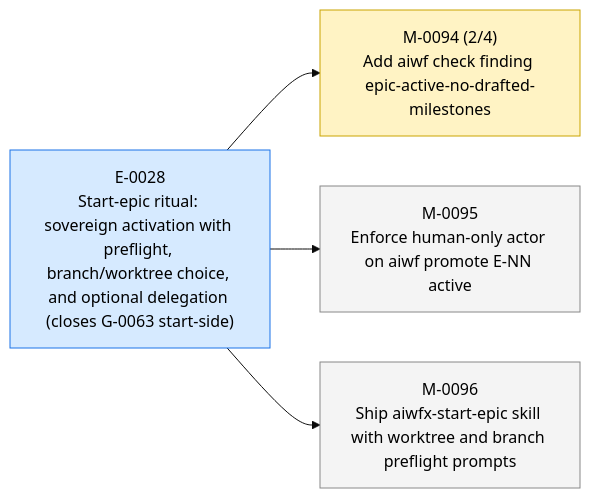
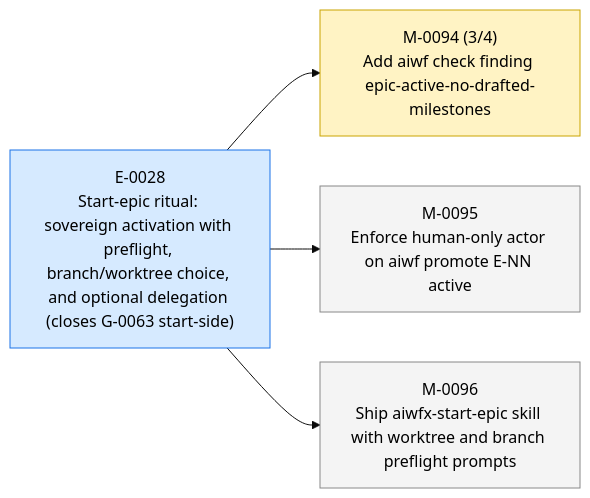
One commit to 23min/aiwf changed the first of 3 diagrams in STATUS.md. Above: the diagram before and after it, drawn with Mermaid (base theme). The commit also changed other lines of this file and 1 other file, not shown here.

First line of the commit message:
aiwf promote M-0094/AC-3 open -> met

````diff
--- a/STATUS.md
+++ b/STATUS.md
@@ -13,16 +13,16 @@
 ```mermaid
 flowchart LR
   E_0028["E-0028<br/>Start-epic ritual: sovereign activation with preflight, branch/worktree choice, and optional delegation (closes G-0063 start-side)"]:::epic_active
-  M_0094["M-0094 (2/4)<br/>Add aiwf check finding epic-active-no-drafted-milestones"]:::ms_in_progress
+  M_0094["M-0094 (3/4)<br/>Add aiwf check finding epic-active-no-drafted-milestones"]:::ms_in_progress
   E_0028 --> M_0094
   M_0095["M-0095<br/>Enforce human-only actor on aiwf promote E-NN active"]:::ms_draft
   E_0028 --> M_0095
   M_0096["M-0096<br/>Ship aiwfx-start-epic skill with worktree and branch preflight prompts"]:::ms_draft
   E_0028 --> M_0096
   classDef epic_active fill:#d6eaff,stroke:#1a73e8,color:#000
   classDef epic_proposed fill:#f4f4f4,stroke:#888,color:#000
   classDef ms_done fill:#d8f5d8,stroke:#2a8a2a,color:#000
   classDef ms_in_progress fill:#fff3c4,stroke:#caa400,color:#000
   classDef ms_draft fill:#f4f4f4,stroke:#888,color:#000
   classDef ms_cancelled fill:#fbeaea,stroke:#c33,color:#000
 ```
````
